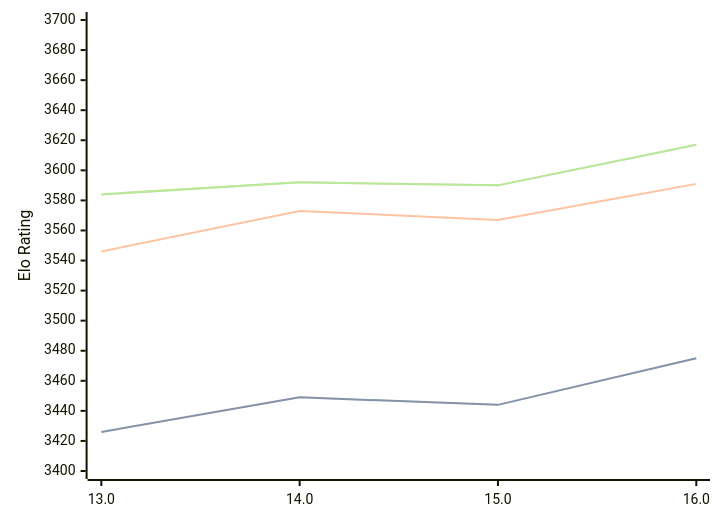
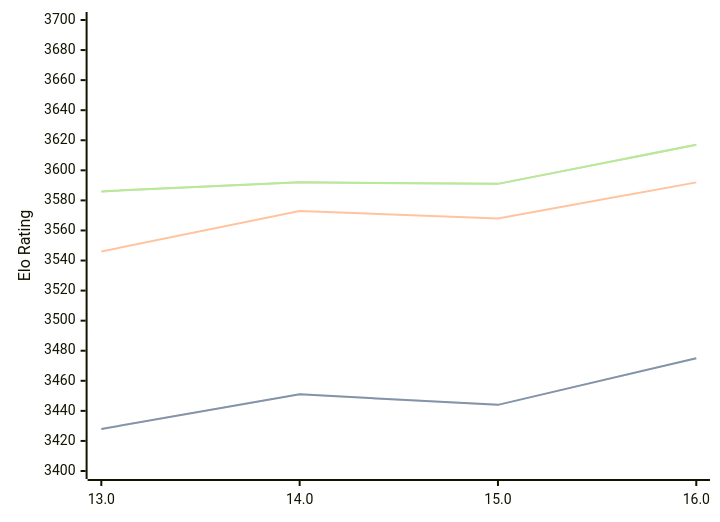
Before and after one commit to computer-chess-index/cci: the diagram in engines/Obsidian.md, drawn with Mermaid. The commit also changed other lines of this file, not shown here.

Commit message:
Update CCI Ratings (ELO VLTC) - 2026-02-18

````diff
--- a/engines/Obsidian.md
+++ b/engines/Obsidian.md
@@ -40,11 +40,11 @@
 ```mermaid
 %%{init: {"theme":"base","themeVariables":{"seriesColors:['#a3a3a3','#222221','#faa371']}}}%%
 xychart-beta
   x-axis ["13.0", "14.0", "15.0", "16.0"]
   y-axis "Elo Rating" 3400 --> 3700
-  line "STC (8.0+0.08s)" [3426, 3449, 3444, 3475]
-  line "STC (8.0+0.08s)" [3426, 3449, 3444, 3475]
-  line "LTC (60.0+0.60s)" [3546, 3573, 3567, 3591]
-  line "VLTC (2m24s+1.12s)" [3584, 3592, 3590, 3617]
-  line "VLTC (2m24s+1.12s)" [3584, 3592, 3590, 3617]
+  line "STC (8.0+0.08s)" [3428, 3451, 3444, 3475]
+  line "STC (8.0+0.08s)" [3428, 3451, 3444, 3475]
+  line "LTC (60.0+0.60s)" [3546, 3573, 3568, 3592]
+  line "VLTC (2m24s+1.12s)" [3586, 3592, 3591, 3617]
+  line "VLTC (2m24s+1.12s)" [3586, 3592, 3591, 3617]
 ```
````
